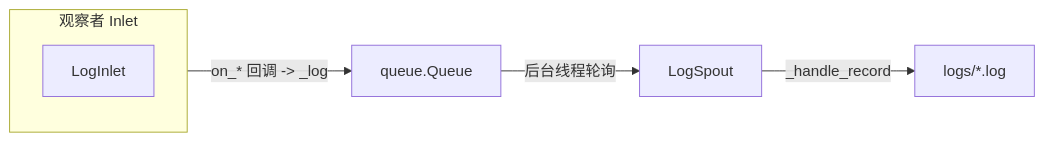
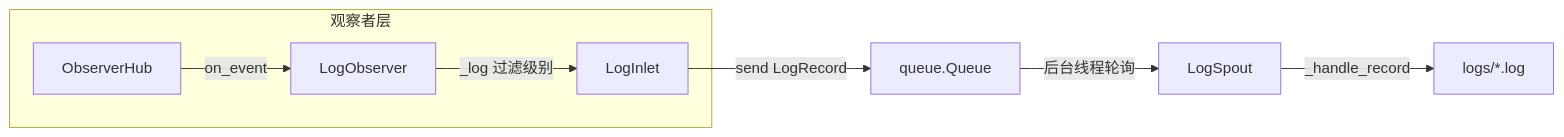
The diagram in docs/zh-CN/src/persist/core_log.md (Mr-xiaotian/CelestialFlow), drawn with Mermaid before and after one commit. The commit also changed other lines of this file and 86 other files, not shown here.

````diff
--- a/docs/zh-CN/src/persist/core_log.md
+++ b/docs/zh-CN/src/persist/core_log.md
@@ -13,9 +13,10 @@
 ```mermaid
 flowchart LR
-    subgraph Observer[观察者 Inlet]
-        Inlet[LogInlet]
+    subgraph EventLayer["观察者层"]
+        Hub[ObserverHub] -->|on_event| Obs[LogObserver]
+        Obs -->|_log 过滤级别| Inlet[LogInlet]
     end
-    Observer -->|on_* 回调 -> _log| Queue[queue.Queue]
+    Inlet -->|send LogRecord| Queue[queue.Queue]
     Queue -->|后台线程轮询| Spout[LogSpout]
     Spout -->|_handle_record| File[logs/*.log]
 ```
````
